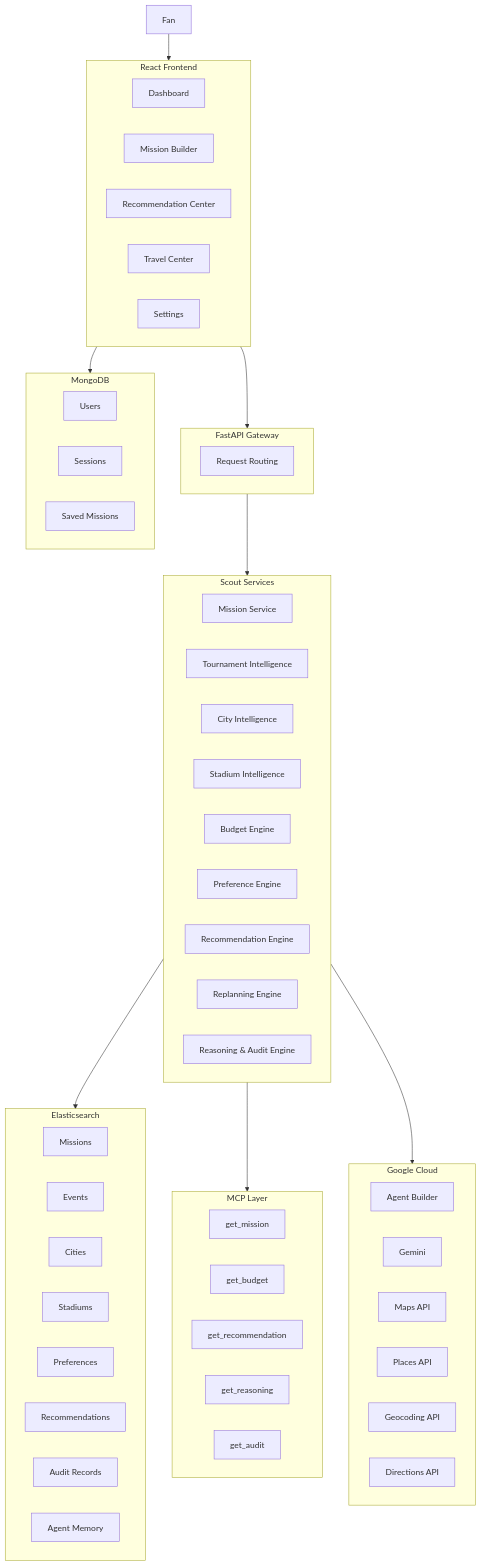
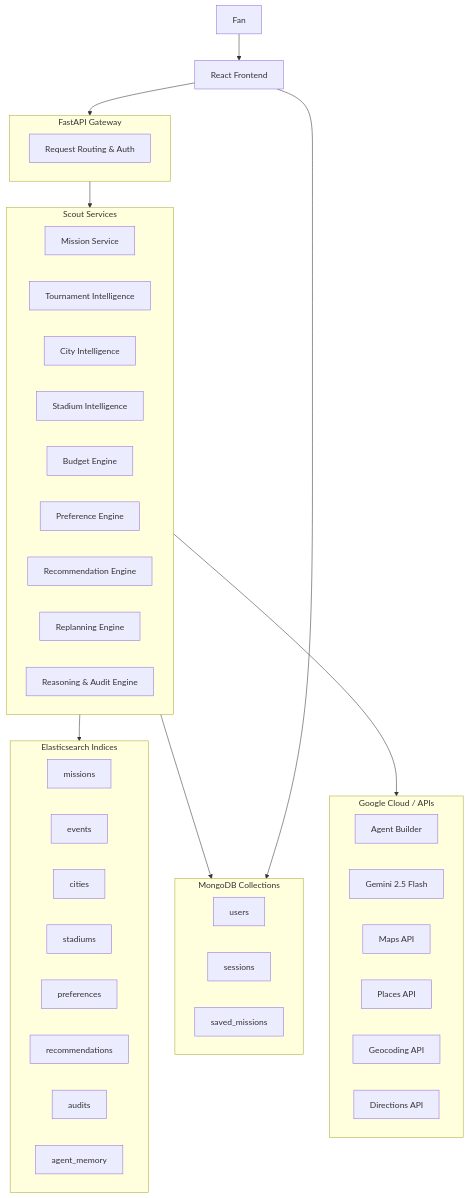
Before and after one commit to ShreyVijay/Skaut: the diagram in README.md, drawn with Mermaid. The commit also changed other lines of this file and 21 other files, not shown here.

````diff
--- a/README.md
+++ b/README.md
@@ -172,110 +31,54 @@
 ```mermaid
 flowchart TD
+    USER[Fan] --> FRONTEND[React Frontend]
+    FRONTEND --> API[FastAPI Gateway]
 
-    USER[Fan]
-
-    USER --> FRONTEND
-
-    subgraph FRONTEND[React Frontend]
-        D[Dashboard]
-        M[Mission Builder]
-        R[Recommendation Center]
-        T[Travel Center]
-        S[Settings]
+    subgraph API [FastAPI Gateway]
+        GW[Request Routing & Auth]
     end
 
-    FRONTEND --> API
+    API --> SERVICES[Scout Services]
 
-    subgraph API[FastAPI Gateway]
-        GW[Request Routing]
+    subgraph SERVICES [Scout Services]
+        MS[Mission Service]
+        TI[Tournament Intelligence]
+        CI[City Intelligence]
+        SI[Stadium Intelligence]
+        BE[Budget Engine]
+        PE[Preference Engine]
+        RE[Recommendation Engine]
+        RP[Replanning Engine]
+        RA[Reasoning & Audit Engine]
     end
 
-    API --> SERVICES
+    SERVICES --> ES[(Elasticsearch)]
+    SERVICES --> MONGO[(MongoDB)]
+    SERVICES --> GOOGLE[Google Cloud / APIs]
 
-    subgraph SERVICES[Scout Services]
-
-        MS[Mission Service]
-
-        TI[Tournament Intelligence]
-
-        CI[City Intelligence]
-
-        SI[Stadium Intelligence]
-
-        BE[Budget Engine]
-
-        PE[Preference Engine]
-
-        RE[Recommendation Engine]
-
-        RP[Replanning Engine]
-
-        RA[Reasoning & Audit Engine]
-
+    subgraph ES [Elasticsearch Indices]
+        MISSIONS[missions]
+        EVENTS[events]
+        CITIES[cities]
+        STADIUMS[stadiums]
+        PREFS[preferences]
+        RECS[recommendations]
+        AUDITS[audits]
+        MEMORY[agent_memory]
     end
 
-    SERVICES --> ES
-    SERVICES --> MCP
-    SERVICES --> GOOGLE
-
-    subgraph ES[Elasticsearch]
-
-        MISSIONS[Missions]
-
-        EVENTS[Events]
-
-        CITIES[Cities]
-
-        STADIUMS[Stadiums]
-
-        PREFS[Preferences]
-
-        RECS[Recommendations]
-
-        AUDITS[Audit Records]
-
-        MEMORY[Agent Memory]
-
+    subgraph MONGO [MongoDB Collections]
+        USERS[users]
+        SESSIONS[sessions]
+        SAVED[saved_missions]
     end
 
-    subgraph MCP[MCP Layer]
-
-        GETMISSION[get_mission]
-
-        GETBUDGET[get_budget]
-
-        GETREC[get_recommendation]
-
-        GETREASON[get_reasoning]
-
-        GETAUDIT[get_audit]
-
-    end
-
-    subgraph GOOGLE[Google Cloud]
-
+    subgraph GOOGLE [Google Cloud / APIs]
         AGENT[Agent Builder]
-
-        GEMINI[Gemini]
-
+        GEMINI[Gemini 2.5 Flash]
         MAPS[Maps API]
-
         PLACES[Places API]
-
         GEO[Geocoding API]
-
         DIR[Directions API]
-
-    end
-
-    subgraph MONGO[MongoDB]
-
-        USERS[Users]
-
-        SESSIONS[Sessions]
-
-        SAVED[Saved Missions]
-
     end
 
     FRONTEND --> MONGO
````
